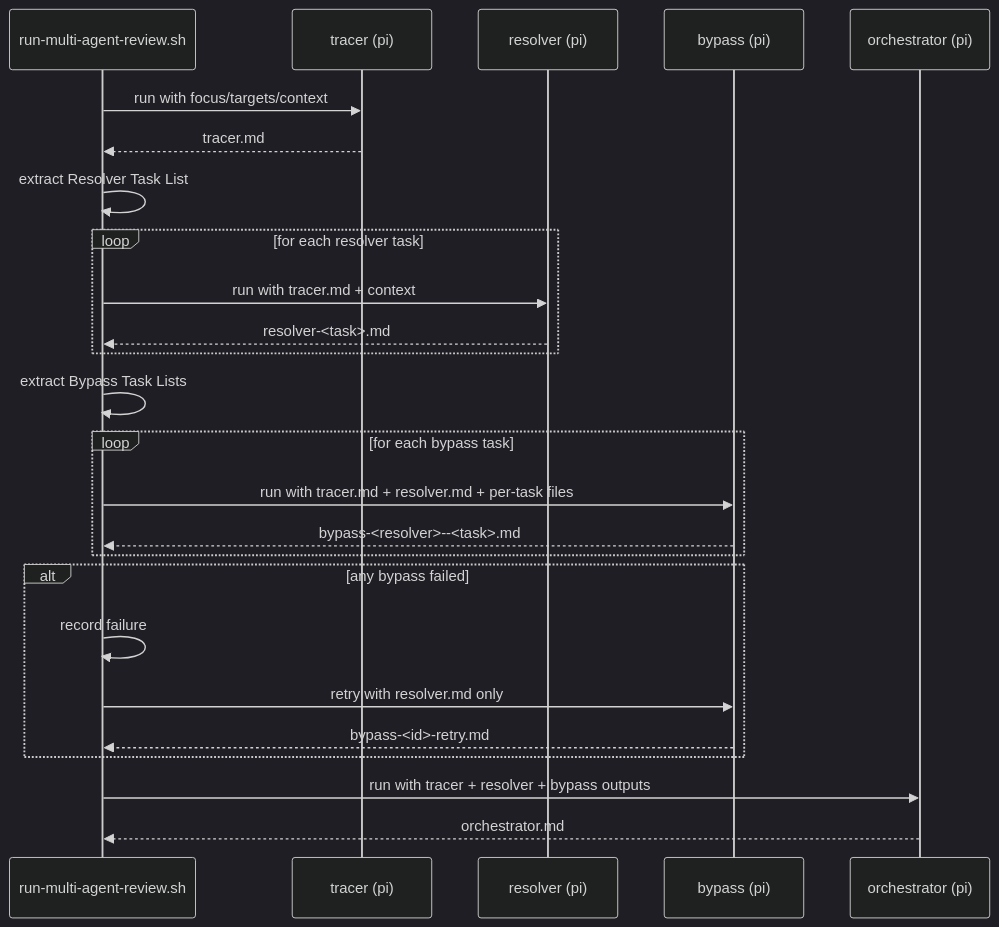
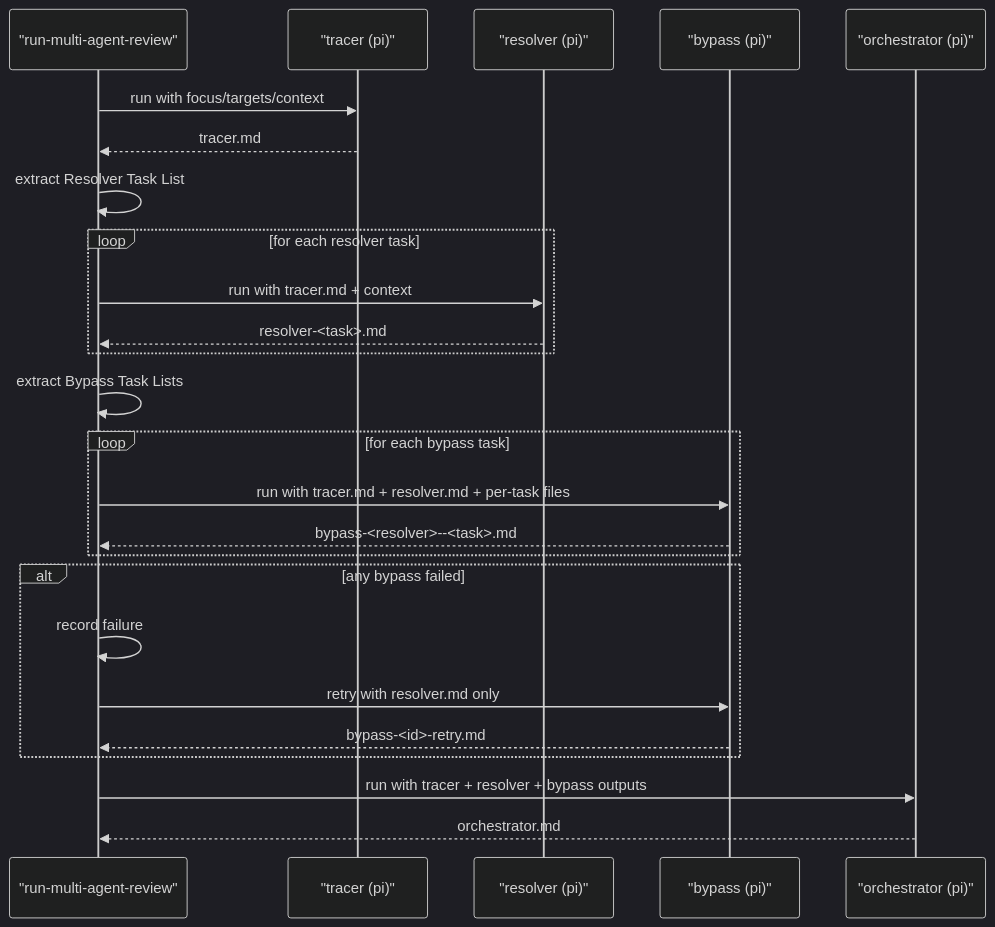
Before and after one commit to PSPDFKit-labs/pi-skills: the diagram in skills/multi-agent-security-review/README.md, drawn with Mermaid (dark theme).

Commit message:
mermaid skill chart fix

````diff
--- a/skills/multi-agent-security-review/README.md
+++ b/skills/multi-agent-security-review/README.md
@@ -17,32 +17,32 @@
 ```mermaid
 sequenceDiagram
-  participant Runner as run-multi-agent-review.sh
-  participant Tracer as tracer (pi)
-  participant Resolver as resolver (pi)
-  participant Bypass as bypass (pi)
-  participant Orchestrator as orchestrator (pi)
+  participant Runner as "run-multi-agent-review"
+  participant Tracer as "tracer (pi)"
+  participant Resolver as "resolver (pi)"
+  participant Bypass as "bypass (pi)"
+  participant Orchestrator as "orchestrator (pi)"
 
   Runner->>Tracer: run with focus/targets/context
   Tracer-->>Runner: tracer.md
 
   Runner->>Runner: extract Resolver Task List
   loop for each resolver task
     Runner->>Resolver: run with tracer.md + context
     Resolver-->>Runner: resolver-<task>.md
   end
 
   Runner->>Runner: extract Bypass Task Lists
   loop for each bypass task
     Runner->>Bypass: run with tracer.md + resolver.md + per-task files
     Bypass-->>Runner: bypass-<resolver>--<task>.md
   end
 
   alt any bypass failed
     Runner->>Runner: record failure
     Runner->>Bypass: retry with resolver.md only
     Bypass-->>Runner: bypass-<id>-retry.md
   end
 
   Runner->>Orchestrator: run with tracer + resolver + bypass outputs
   Orchestrator-->>Runner: orchestrator.md
 ```
````
